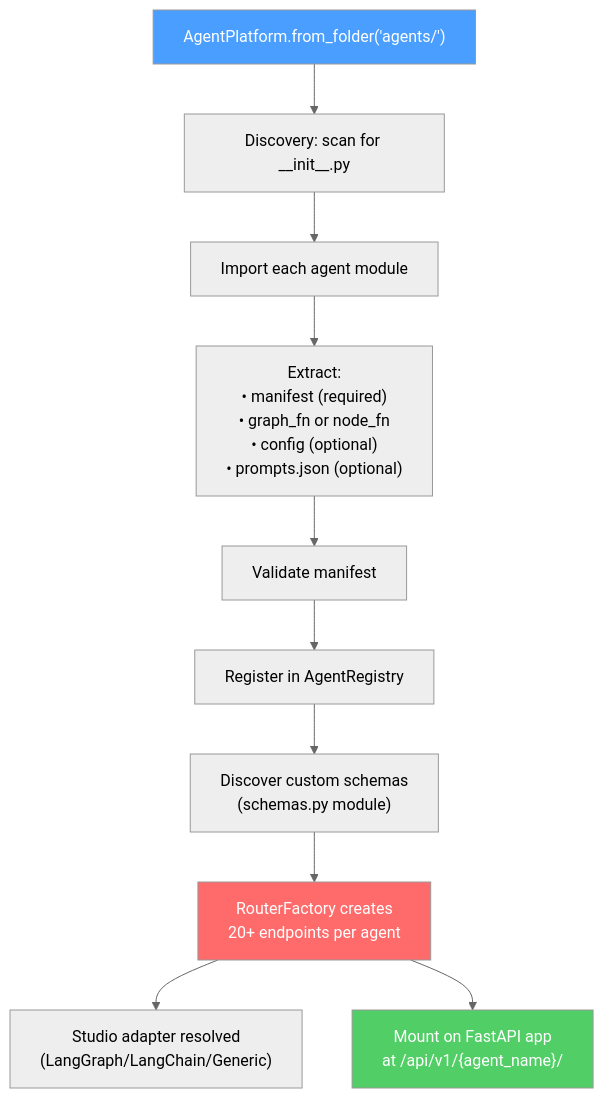
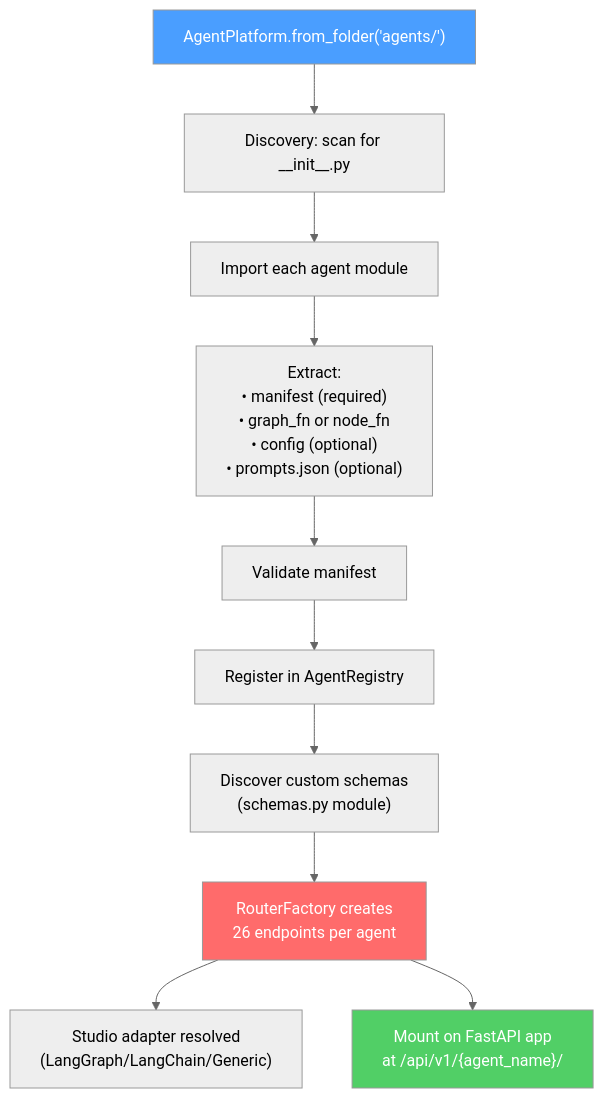
The fifth of 10 diagrams in docs/architecture/overview.md (UnicoLab/agentomatic), drawn with Mermaid (neutral theme) before and after one commit. The commit also changed other lines of this file and 27 other files, not shown here.

````diff
--- a/docs/architecture/overview.md
+++ b/docs/architecture/overview.md
@@ -317,23 +321,23 @@
 ```mermaid
 graph TD
     SCAN["AgentPlatform.from_folder('agents/')"] --> DISC["Discovery: scan for __init__.py"]
     DISC --> IMP["Import each agent module"]
 
     IMP --> EXTRACT["Extract:\n• manifest (required)\n• graph_fn or node_fn\n• config (optional)\n• prompts.json (optional)"]
 
     EXTRACT --> VAL["Validate manifest"]
 
     VAL --> REG["Register in AgentRegistry"]
 
     REG --> SCHEMA["Discover custom schemas\n(schemas.py module)"]
 
-    SCHEMA --> ROUTER["RouterFactory creates\n20+ endpoints per agent"]
+    SCHEMA --> ROUTER["RouterFactory creates\n26 endpoints per agent"]
 
     ROUTER --> STUDIO["Studio adapter resolved\n(LangGraph/LangChain/Generic)"]
 
     ROUTER --> MOUNT["Mount on FastAPI app\nat /api/v1/{agent_name}/"]
 
     style SCAN fill:#4a9eff,color:#fff
     style ROUTER fill:#ff6b6b,color:#fff
     style MOUNT fill:#51cf66,color:#fff
 ```
````
